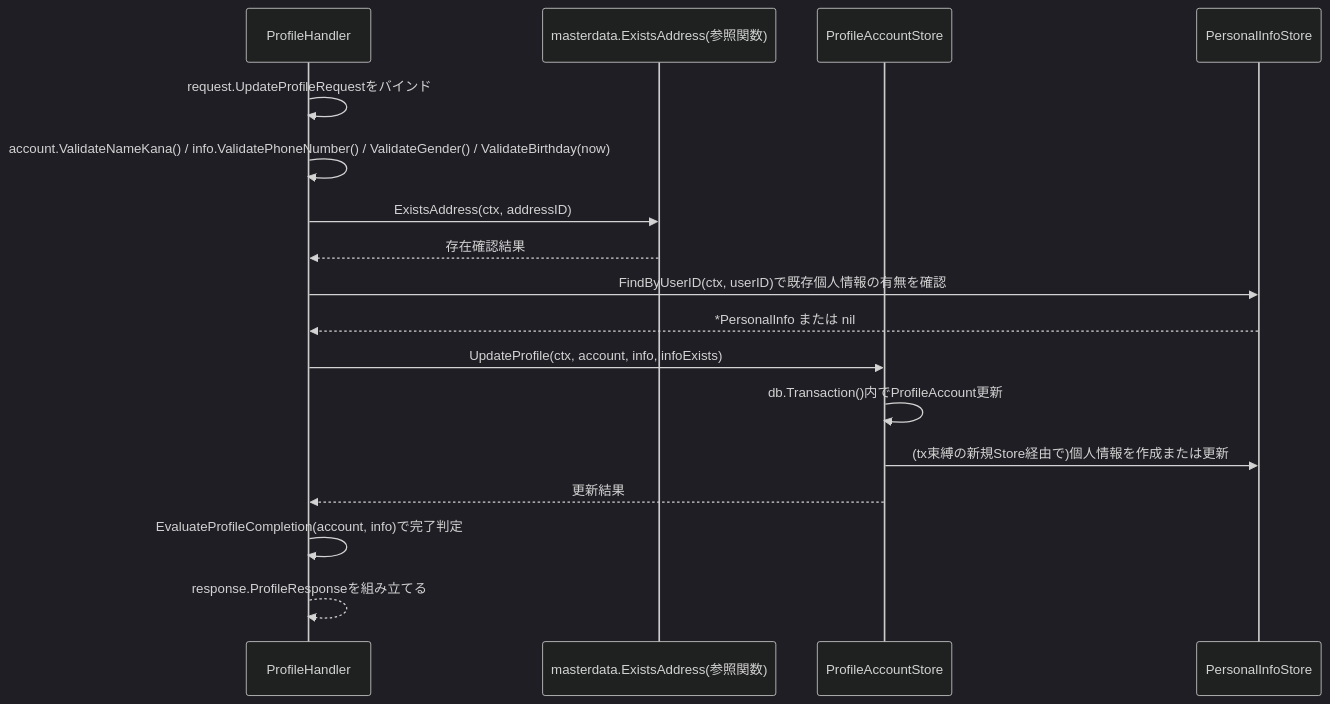
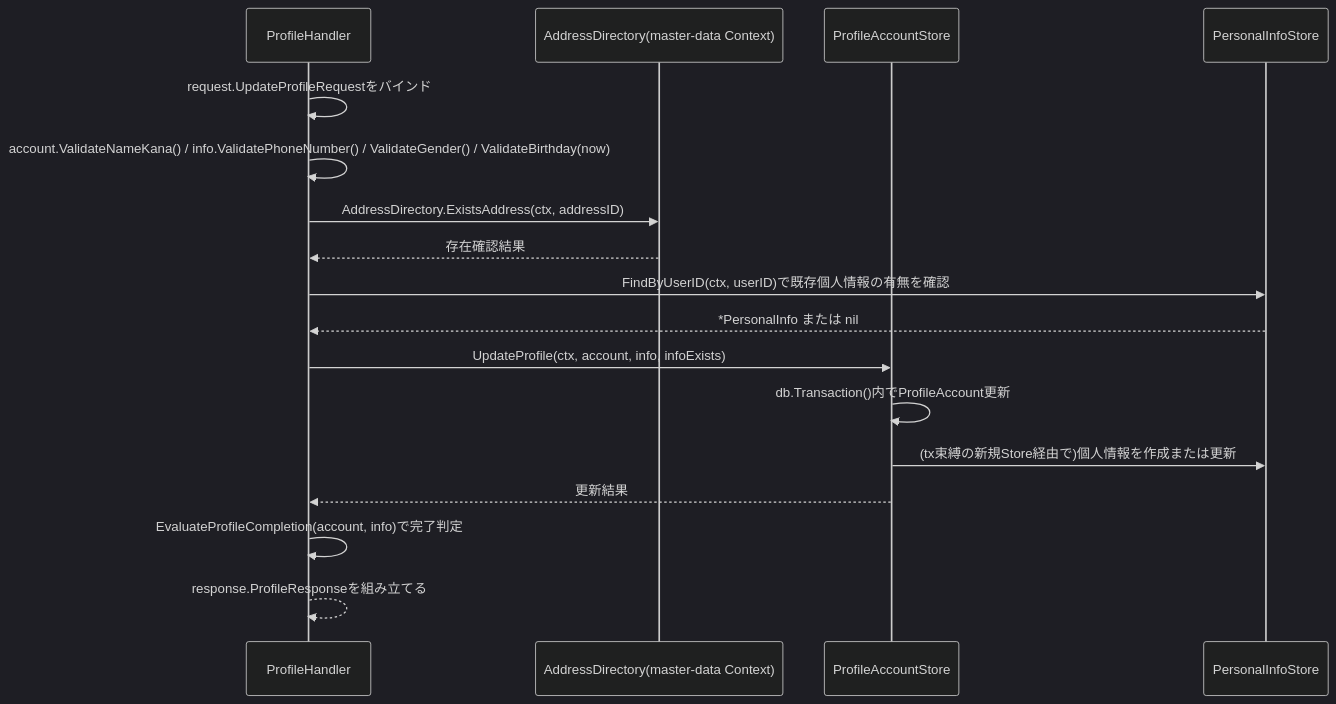
The third of 4 diagrams in 計画書/Go実装仕様書/プロフィール管理機能_Go実装仕様書.md (yuta20253/edu-platform-go-design), drawn with Mermaid (dark theme) before and after one commit. The commit also changed other lines of this file and 10 other files, not shown here.

````diff
--- a/計画書/Go実装仕様書/プロフィール管理機能_Go実装仕様書.md
+++ b/計画書/Go実装仕様書/プロフィール管理機能_Go実装仕様書.md
@@ -225,20 +235,20 @@
 ```mermaid
 sequenceDiagram
     participant H as ProfileHandler
-    participant MD as masterdata.ExistsAddress(参照関数)
+    participant MD as AddressDirectory(master-data Context)
     participant PAS as ProfileAccountStore
     participant PIS as PersonalInfoStore
 
     H->>H: request.UpdateProfileRequestをバインド
     H->>H: account.ValidateNameKana() / info.ValidatePhoneNumber() / ValidateGender() / ValidateBirthday(now)
-    H->>MD: ExistsAddress(ctx, addressID)
+    H->>MD: AddressDirectory.ExistsAddress(ctx, addressID)
     MD-->>H: 存在確認結果
     H->>PIS: FindByUserID(ctx, userID)で既存個人情報の有無を確認
     PIS-->>H: *PersonalInfo または nil
     H->>PAS: UpdateProfile(ctx, account, info, infoExists)
     PAS->>PAS: db.Transaction()内でProfileAccount更新
     PAS->>PIS: (tx束縛の新規Store経由で)個人情報を作成または更新
     PAS-->>H: 更新結果
     H->>H: EvaluateProfileCompletion(account, info)で完了判定
     H-->>H: response.ProfileResponseを組み立てる
 ```
````
